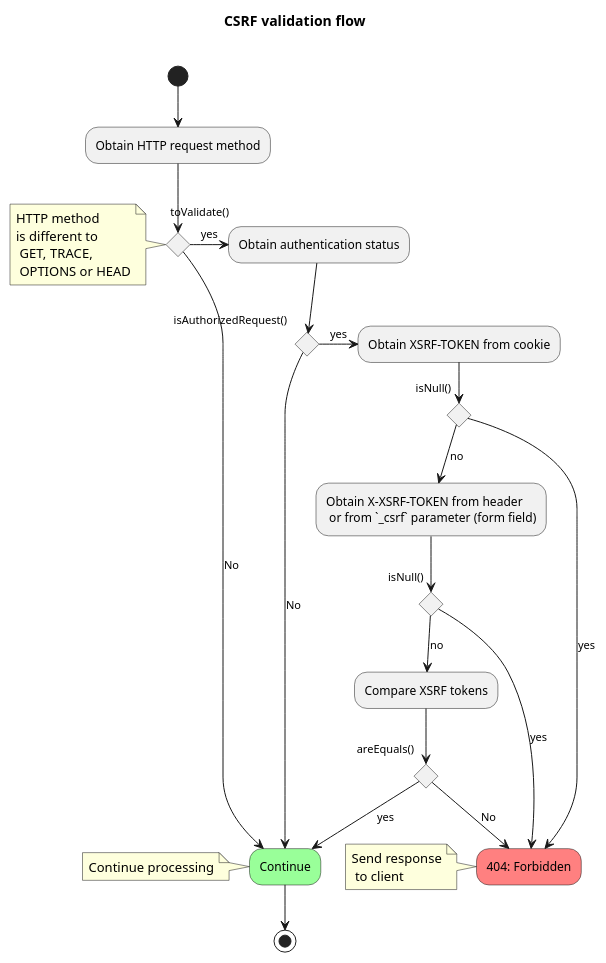
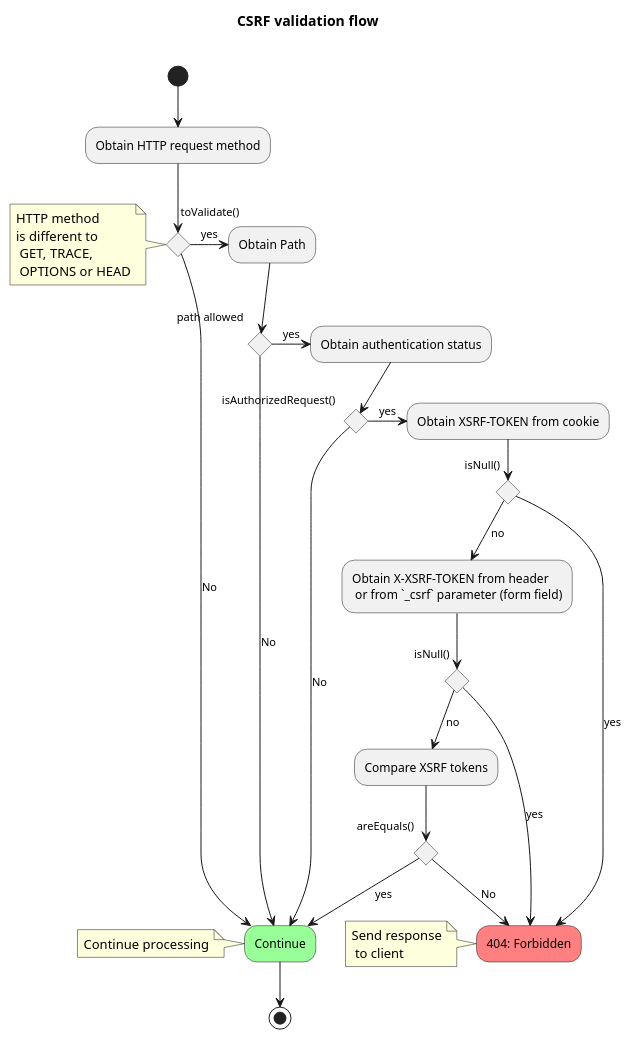
The diagram in documentation/flow.puml (pablobastidasv/csrf), drawn with PlantUML before and after one commit. The commit also changed 2 other files, not shown here.

Commit message:
Added path validation

```diff
--- a/documentation/flow.puml
+++ b/documentation/flow.puml
@@ -1,43 +1,50 @@
 @startuml
 
 title CSRF validation flow \n
 
 skinparam activity {
   BackgroundColor<< Continue >> #99ff99
   BackgroundColor<< 403 >> #ff8080
 }
 
 (*) --> "Obtain HTTP request method"
 if  "toValidate()" then
     note left: HTTP method \nis different to\n GET, TRACE,\n OPTIONS or HEAD
-    -right-> [yes] "Obtain authentication status"
 
-    if "isAuthorizedRequest()" then
-        -right-> [yes] "Obtain XSRF-TOKEN from cookie"
-        if "isNull()" then
-            -down-> [no] "Obtain X-XSRF-TOKEN from header \n or from `_csrf` parameter (form field)"
+    -right-> [yes] "Obtain Path"
+
+    if "path allowed" then
+        -right-> [yes] "Obtain authentication status"
+
+        if "isAuthorizedRequest()" then
+            -right-> [yes] "Obtain XSRF-TOKEN from cookie"
             if "isNull()" then
-                -down-> [no] "Compare XSRF tokens"
-                if "areEquals()" then
-                    --> [yes] "Continue" <<Continue>>
-                    Note left: Continue processing
+                -down-> [no] "Obtain X-XSRF-TOKEN from header \n or from `_csrf` parameter (form field)"
+                if "isNull()" then
+                    -down-> [no] "Compare XSRF tokens"
+                    if "areEquals()" then
+                        --> [yes] "Continue" <<Continue>>
+                        Note left: Continue processing
+                    else
+                        --> [No] "404: Forbidden" <<403>>
+                        Note left: Send response\n to client
+                    endif
                 else
-                    --> [No] "404: Forbidden" <<403>>
-                    Note left: Send response\n to client
+                    --> [yes] "404: Forbidden"
                 endif
             else
                 --> [yes] "404: Forbidden"
             endif
-         else
-            --> [yes] "404: Forbidden"
+        else
+            --> [No] "Continue"
         endif
     else
         --> [No] "Continue"
     endif
 else
     --> [No] Continue
 endif
 
 --> (*)
 
 @enduml
```
